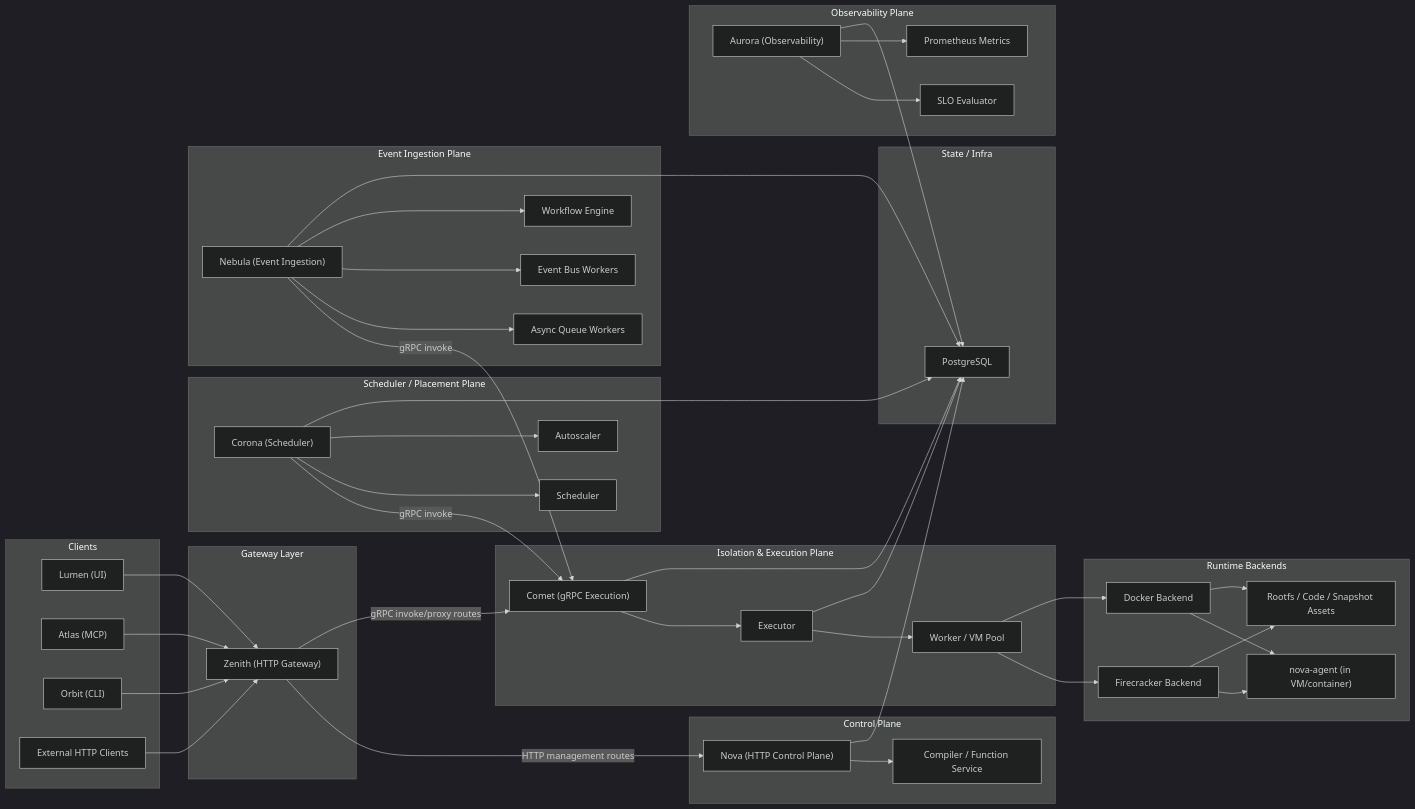
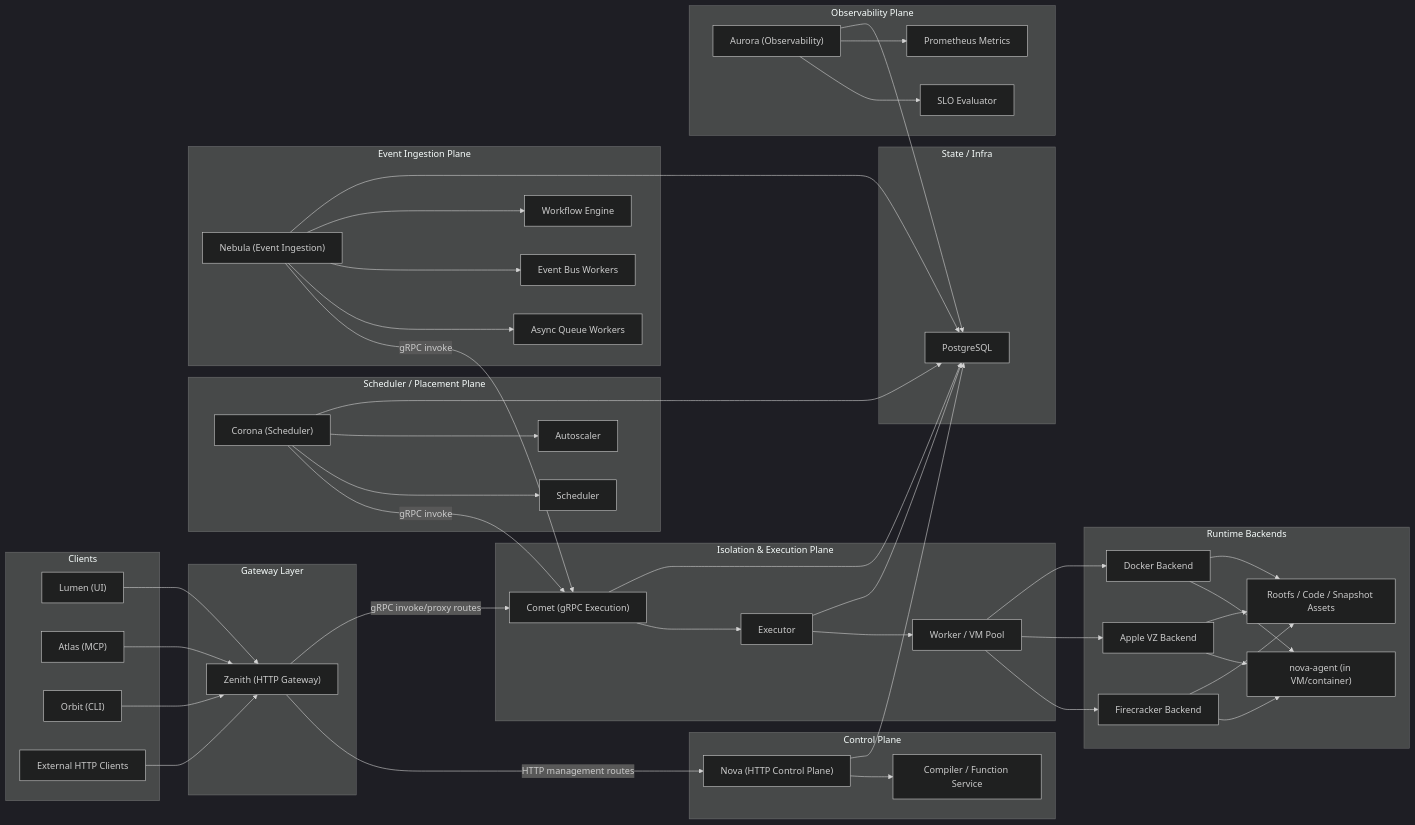
One commit to oriys/nova changed the diagram in README.md. Above: the diagram before and after it, drawn with Mermaid (dark theme). The commit also changed other lines of this file and 137 other files, not shown here.

````diff
--- a/README.md
+++ b/README.md
@@ -187,6 +266,7 @@
 
     subgraph "Runtime Backends"
         fc["Firecracker Backend"]
+        applevz["Apple VZ Backend"]
         docker["Docker Backend"]
         agent["nova-agent (in VM/container)"]
         assets["Rootfs / Code / Snapshot Assets"]
@@ -228,9 +308,12 @@
     executor --> pool
     executor --> pg
     pool --> fc
+    pool --> applevz
     pool --> docker
     fc --> agent
+    applevz --> agent
     docker --> agent
     fc --> assets
+    applevz --> assets
     docker --> assets
 ```
````
